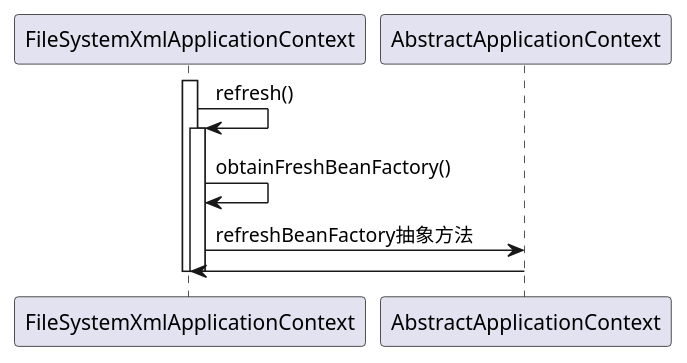
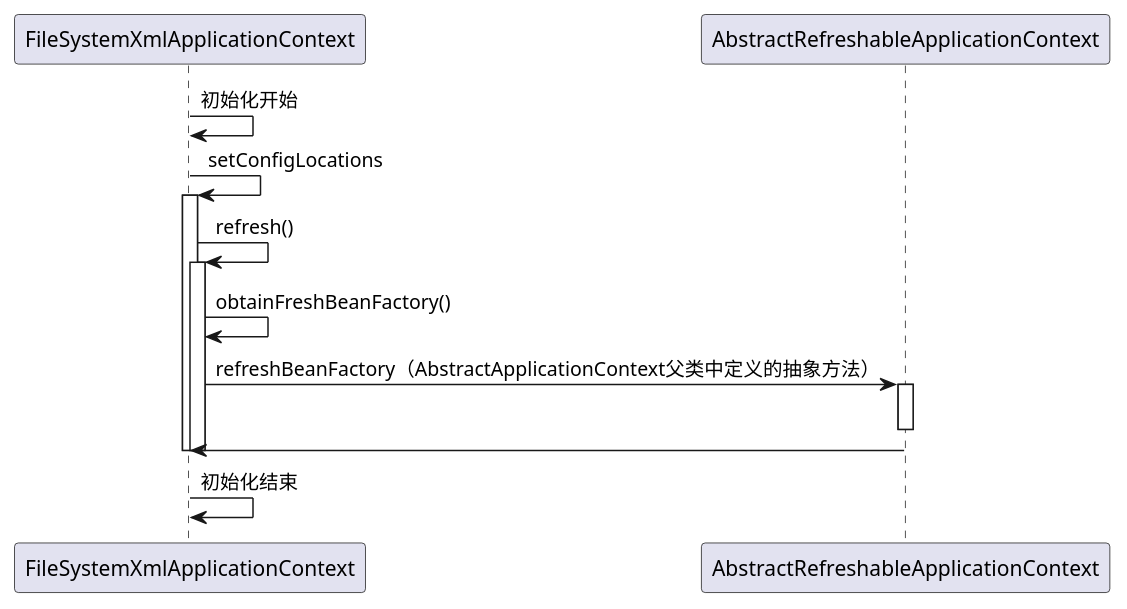
One commit to chujun/spring-framework changed the diagram in doc/BeanDefinitionResource定位.puml. Above: the diagram before and after it, drawn with PlantUML.

Commit message:
temp save

```diff
--- a/doc/BeanDefinitionResource定位.puml
+++ b/doc/BeanDefinitionResource定位.puml
@@ -1,13 +1,17 @@
 @startuml
 participant FileSystemXmlApplicationContext as main
-participant AbstractApplicationContext as abstractContext
+participant AbstractRefreshableApplicationContext as abstractRefreshableContext
+main ->main : 初始化开始
+main -> main :setConfigLocations
 activate main
 main -> main: refresh()
 activate main
 main -> main: obtainFreshBeanFactory()
-main -> abstractContext: refreshBeanFactory抽象方法
-abstractContext -> main:
+main -> abstractRefreshableContext: refreshBeanFactory（AbstractApplicationContext父类中定义的抽象方法）
+activate abstractRefreshableContext
+deactivate abstractRefreshableContext
+abstractRefreshableContext -> main:
 deactivate main
-
 deactivate main
+main ->main : 初始化结束
 @enduml
```
